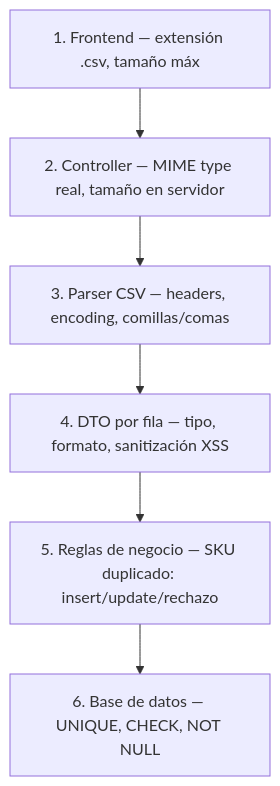
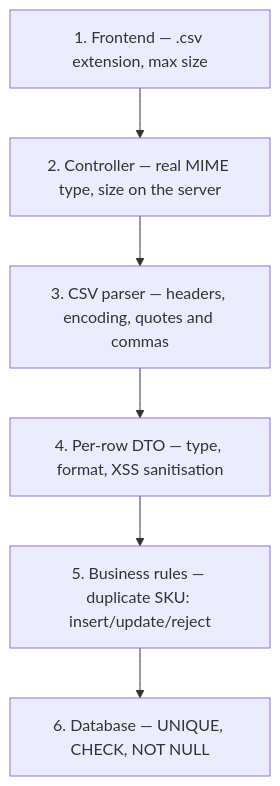
One commit to alejandrogalaz21/e-comerce changed the fifth of 7 diagrams in docs/initial.md. Above: the diagram before and after it, drawn with Mermaid. The commit also changed other lines of this file and 1 other file, not shown here.

````diff
--- a/docs/initial.md
+++ b/docs/initial.md
@@ -294,8 +298,8 @@
 ```mermaid
 flowchart TD
-    A["1. Frontend — extensión .csv, tamaño máx"] --> B["2. Controller — MIME type real, tamaño en servidor"]
-    B --> C["3. Parser CSV — headers, encoding, comillas/comas"]
-    C --> D["4. DTO por fila — tipo, formato, sanitización XSS"]
-    D --> E["5. Reglas de negocio — SKU duplicado: insert/update/rechazo"]
-    E --> F["6. Base de datos — UNIQUE, CHECK, NOT NULL"]
+    A["1. Frontend — .csv extension, max size"] --> B["2. Controller — real MIME type, size on the server"]
+    B --> C["3. CSV parser — headers, encoding, quotes and commas"]
+    C --> D["4. Per-row DTO — type, format, XSS sanitisation"]
+    D --> E["5. Business rules — duplicate SKU: insert/update/reject"]
+    E --> F["6. Database — UNIQUE, CHECK, NOT NULL"]
 ```
````
